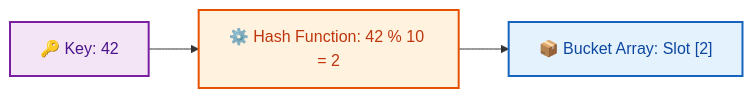
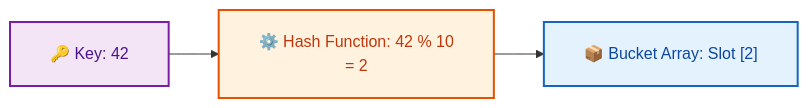
Before and after one commit to dip4k/DSA_102: the fifth of 7 diagrams in week_03_foundations_iii_sorting_and_hashing/Week_03_Visual_Concepts_Playbook_HYBRID.md, drawn with Mermaid. The commit also changed other lines of this file and 108 other files, not shown here.

First line of the commit message:
fix(mermaid): resolve diagram clipping, padding, and syntax issues across repo

````diff
--- a/week_03_foundations_iii_sorting_and_hashing/Week_03_Visual_Concepts_Playbook_HYBRID.md
+++ b/week_03_foundations_iii_sorting_and_hashing/Week_03_Visual_Concepts_Playbook_HYBRID.md
@@ -462,12 +466,13 @@
 ```mermaid
+%%{init: {"flowchart": {"htmlLabels": true, "padding": 20}}}%%
 flowchart LR
     classDef key fill:#f3e5f5,stroke:#7b1fa2,stroke-width:2px,color:#4a148c
     classDef hash fill:#fff3e0,stroke:#e65100,stroke-width:2px,color:#bf360c
     classDef bucket fill:#e3f2fd,stroke:#1565c0,stroke-width:2px,color:#0d47a1
 
     Key["🔑 Key: 42"]:::key
-    Hash["⚙️ Hash Function: 42 % 10 = 2"]:::hash
+    Hash["⚙️ Hash Function: 42 % 10<br/>= 2"]:::hash
     Bucket["📦 Bucket Array: Slot [2]"]:::bucket
 
     Key --> Hash --> Bucket
 ```
````
